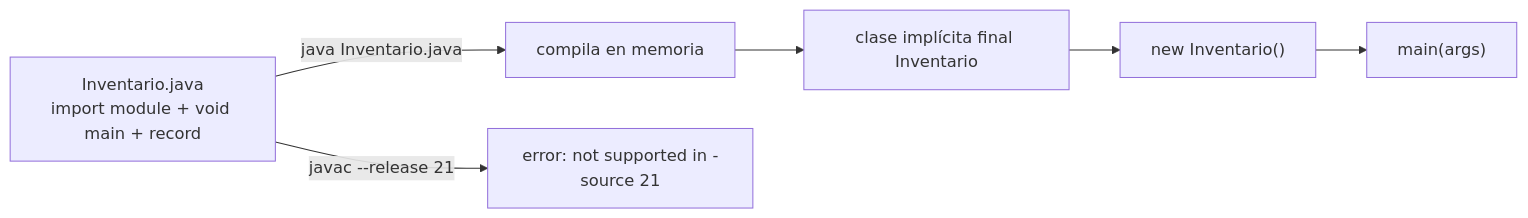
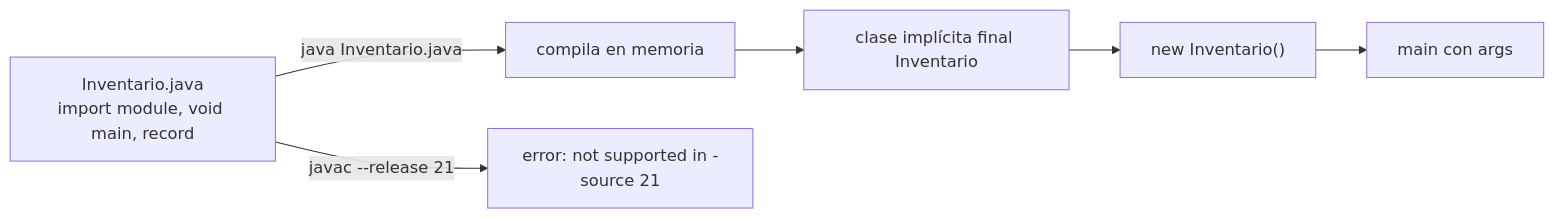
The ninth of 9 diagrams in web/public/content/java/modulo-0.md (NICORUIZ93/The_Imperial_Book), drawn with Mermaid before and after one commit. The commit also changed other lines of this file and 65 other files, not shown here.

````diff
--- a/web/public/content/java/modulo-0.md
+++ b/web/public/content/java/modulo-0.md
@@ -4671,8 +5482,8 @@
 ```mermaid
 flowchart LR
-  F["Inventario.java<br/>import module + void main + record"] -->|"java Inventario.java"| C["compila en memoria"]
+  F["Inventario.java<br/>import module, void main, record"] -->|"java Inventario.java"| C["compila en memoria"]
   C --> K["clase implícita final Inventario"]
   K --> O["new Inventario()"]
-  O --> M["main(args)"]
+  O --> M["main con args"]
   F -->|"javac --release 21"| X["error: not supported in -source 21"]
 ```
````
